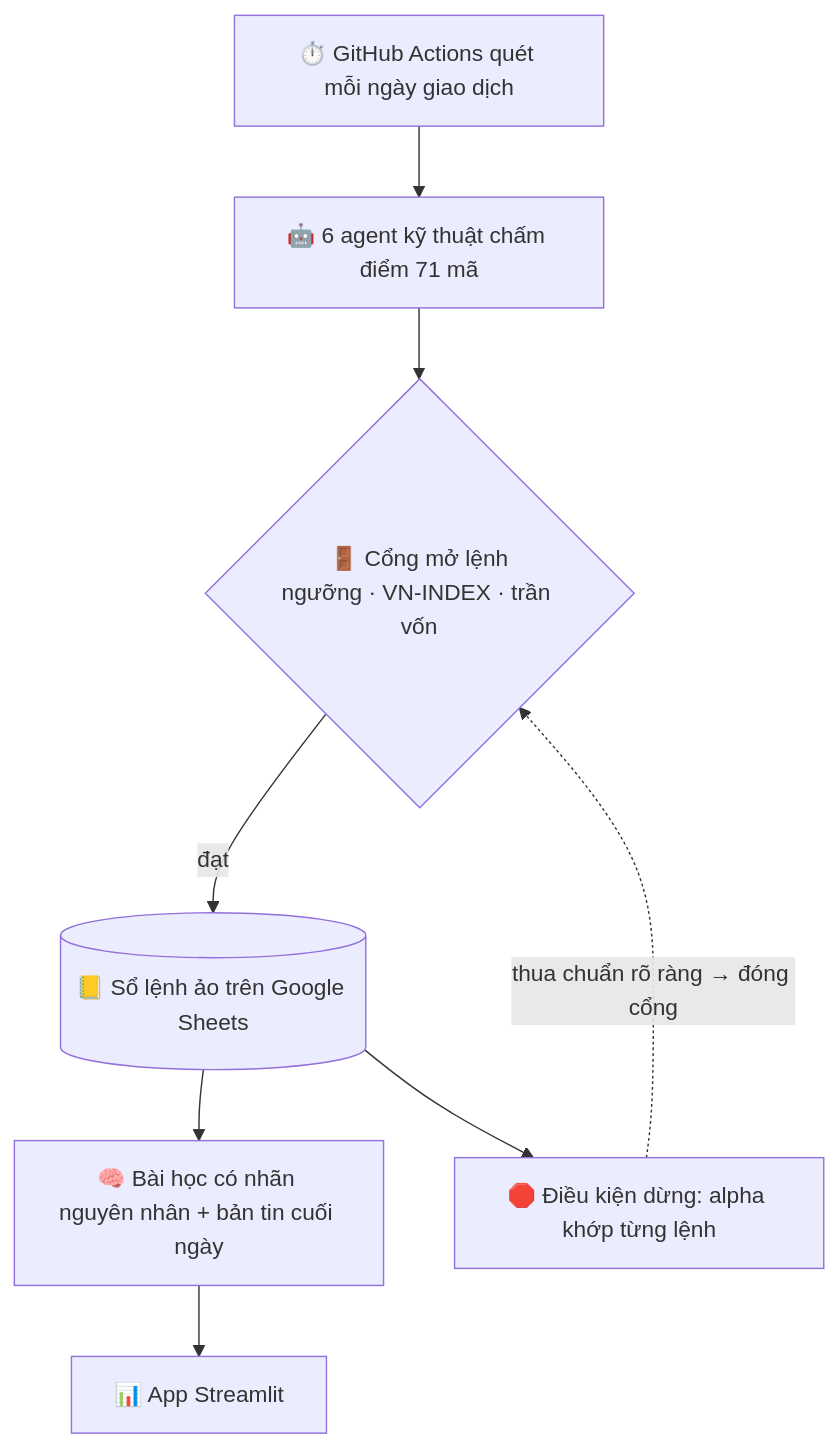
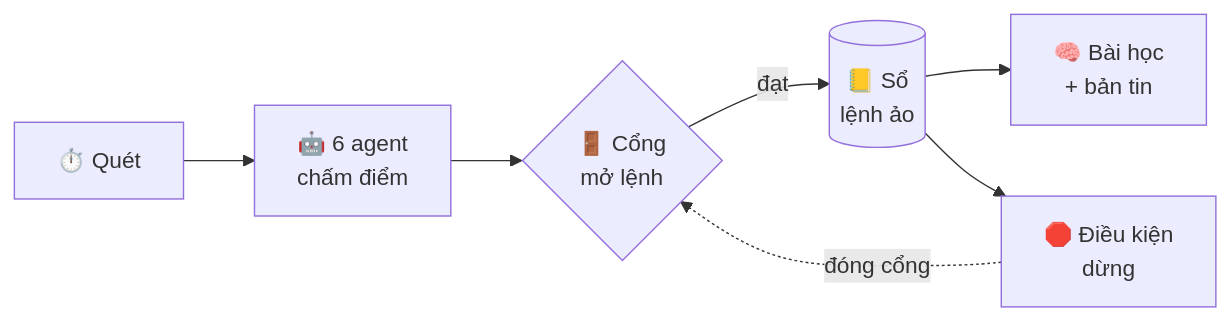
Before and after one commit to Siner0808/vibe-stock-analysis: the diagram in README.md, drawn with Mermaid. The commit also changed other lines of this file, not shown here.

Commit message:
BUOC 186 (draft) -- README flow diagram compact LR, details in caption

````diff
--- a/README.md
+++ b/README.md
@@ -23,10 +23,9 @@
 ```mermaid
-flowchart TD
-    A["⏱️ GitHub Actions quét mỗi ngày giao dịch"] --> B["🤖 6 agent kỹ thuật chấm điểm 71 mã"]
-    B --> C{"🚪 Cổng mở lệnh<br/>ngưỡng · VN-INDEX · trần vốn"}
-    C -- đạt --> D[("📒 Sổ lệnh ảo trên Google Sheets")]
-    D --> E["🧠 Bài học có nhãn nguyên nhân + bản tin cuối ngày"]
-    E --> F["📊 App Streamlit"]
-    D --> G["🛑 Điều kiện dừng: alpha khớp từng lệnh"]
-    G -. "thua chuẩn rõ ràng → đóng cổng" .-> C
+flowchart LR
+    A["⏱️ Quét"] --> B["🤖 6 agent<br/>chấm điểm"]
+    B --> C{"🚪 Cổng<br/>mở lệnh"}
+    C -- đạt --> D[("📒 Sổ<br/>lệnh ảo")]
+    D --> E["🧠 Bài học<br/>+ bản tin"]
+    D --> G["🛑 Điều kiện<br/>dừng"]
+    G -. đóng cổng .-> C
 ```
````
